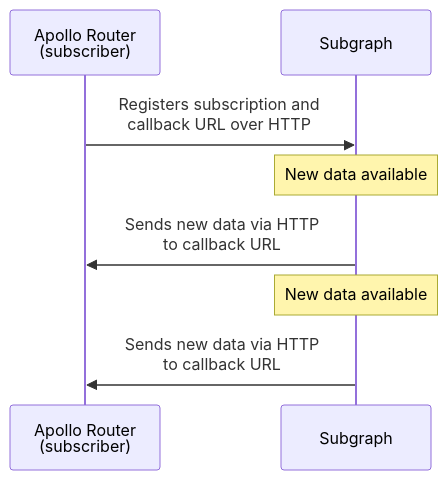
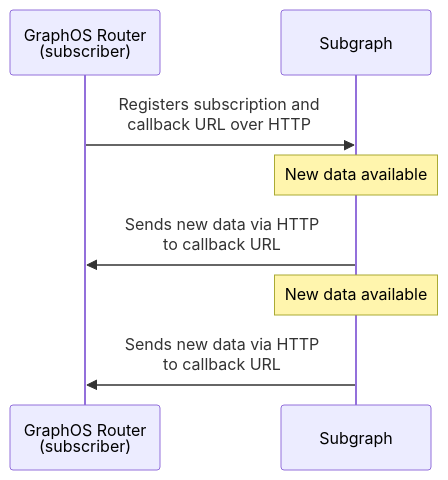
One commit to apollographql/router changed the diagram in docs/source/executing-operations/subscription-callback-protocol.mdx. Above: the diagram before and after it, drawn with Mermaid. The commit also changed other lines of this file and 32 other files, not shown here.

````diff
--- a/docs/source/executing-operations/subscription-callback-protocol.mdx
+++ b/docs/source/executing-operations/subscription-callback-protocol.mdx
@@ -13,10 +13,10 @@
 ```mermaid
 sequenceDiagram
-    participant Router as Apollo Router<br/>(subscriber)
+    participant Router as GraphOS Router<br/>(subscriber)
     participant Subgraph as Subgraph
     Router->>Subgraph: Registers subscription and<br/> callback URL over HTTP
     Note over Subgraph: New data available
     Subgraph->>Router: Sends new data via HTTP<br/>to callback URL
     Note over Subgraph: New data available
     Subgraph->>Router: Sends new data via HTTP<br/>to callback URL
 ```
````
